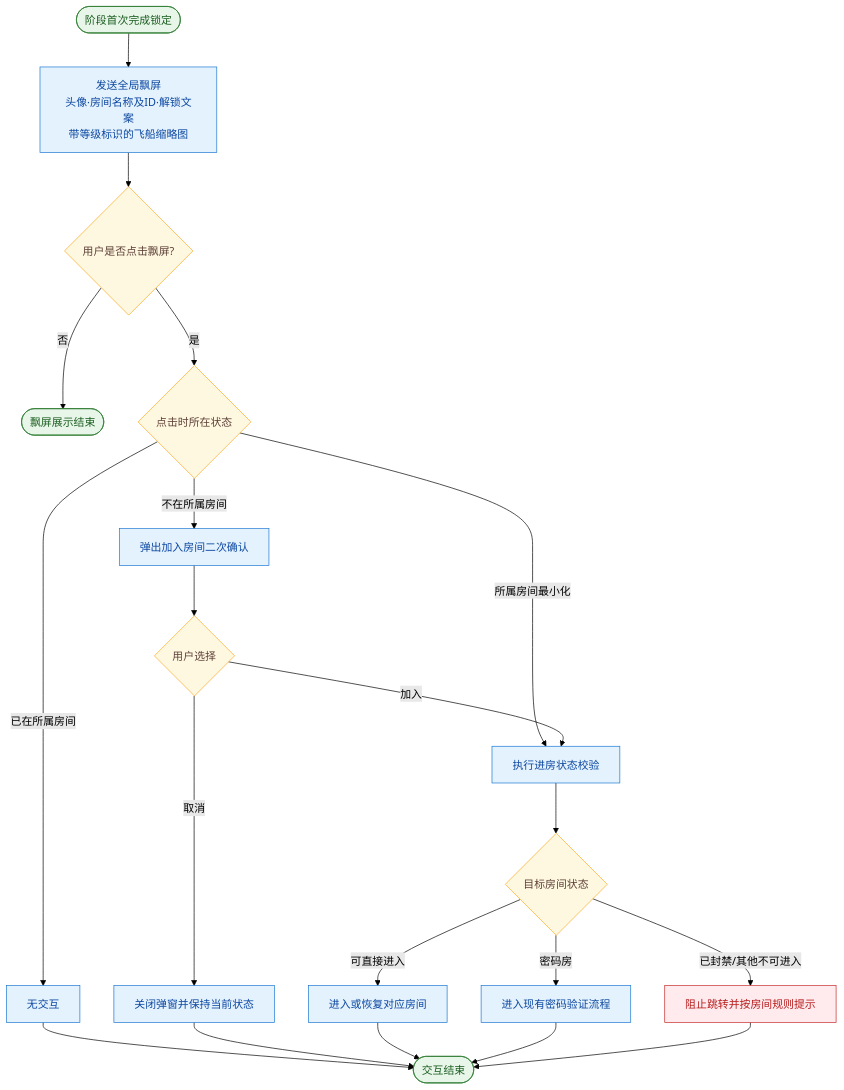
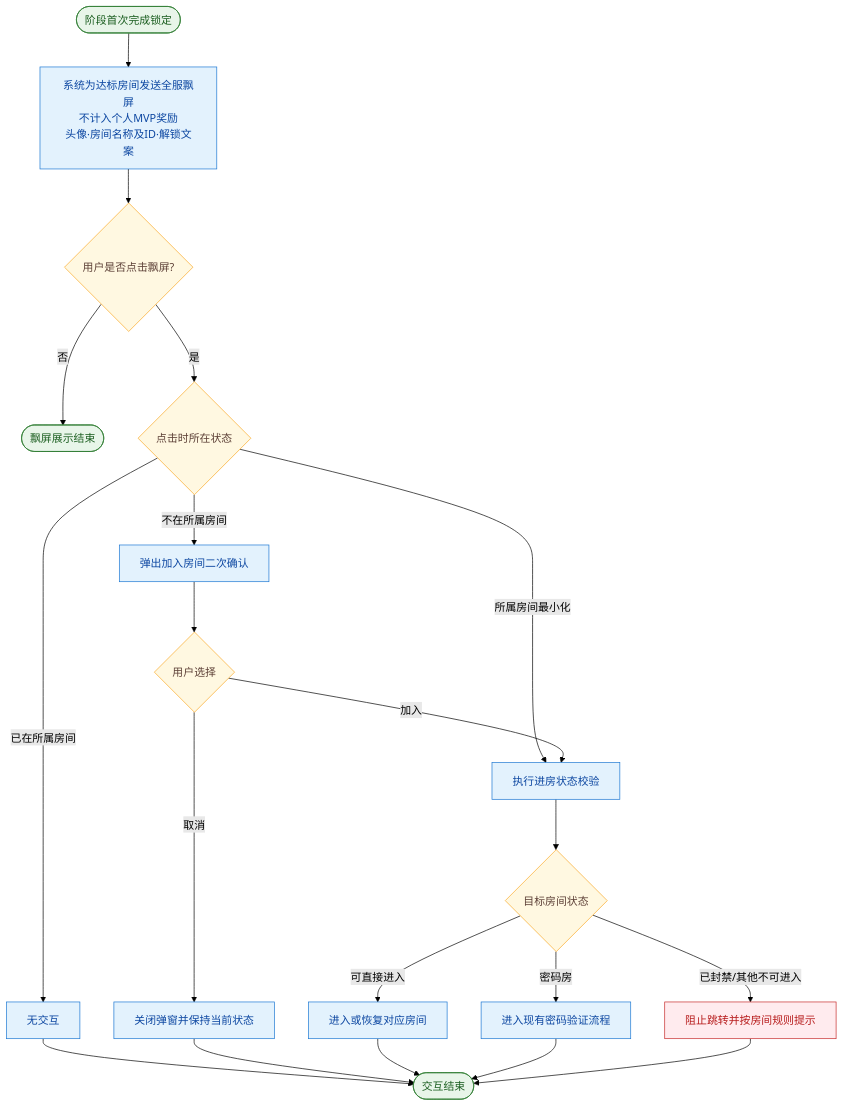
The fifth of 8 diagrams in 房间飞船挑战/房间飞船挑战-业务流程图.mmd (Chawucikela/TOP-KHALIJ), drawn with Mermaid (forest theme) before and after one commit. The commit also changed other lines of this file and 20 other files, not shown here.

````diff
--- a/房间飞船挑战/房间飞船挑战-业务流程图.mmd
+++ b/房间飞船挑战/房间飞船挑战-业务流程图.mmd
@@ -178,35 +178,35 @@
 ```mermaid
 flowchart TD
-    A([阶段首次完成锁定]) --> B[发送全局飘屏<br/>头像·房间名称及ID·解锁文案<br/>带等级标识的飞船缩略图]
+    A([阶段首次完成锁定]) --> B[系统为达标房间发送全服飘屏<br/>不计入个人MVP奖励<br/>头像·房间名称及ID·解锁文案]
     B --> C{用户是否点击飘屏?}
     C -- 否 --> D([飘屏展示结束])
     C -- 是 --> E{点击时所在状态}
 
     E -- 已在所属房间 --> F[无交互]
     E -- 所属房间最小化 --> G[执行进房状态校验]
     E -- 不在所属房间 --> H[弹出加入房间二次确认]
 
     H --> I{用户选择}
     I -- 取消 --> J[关闭弹窗并保持当前状态]
     I -- 加入 --> G
 
     G --> K{目标房间状态}
     K -- 可直接进入 --> L[进入或恢复对应房间]
     K -- 密码房 --> M[进入现有密码验证流程]
     K -- 已封禁/其他不可进入 --> N[阻止跳转并按房间规则提示]
 
     F --> O([交互结束])
     J --> O
     L --> O
     M --> O
     N --> O
 
     classDef startEnd fill:#E8F5E9,stroke:#2E7D32,color:#1B5E20;
     classDef decision fill:#FFF8E1,stroke:#F9A825,color:#5D4037;
     classDef process fill:#E3F2FD,stroke:#1976D2,color:#0D47A1;
     classDef exception fill:#FFEBEE,stroke:#C62828,color:#B71C1C;
     class A,D,O startEnd;
     class C,E,I,K decision;
     class B,F,G,H,J,L,M process;
     class N exception;
 ```
````
